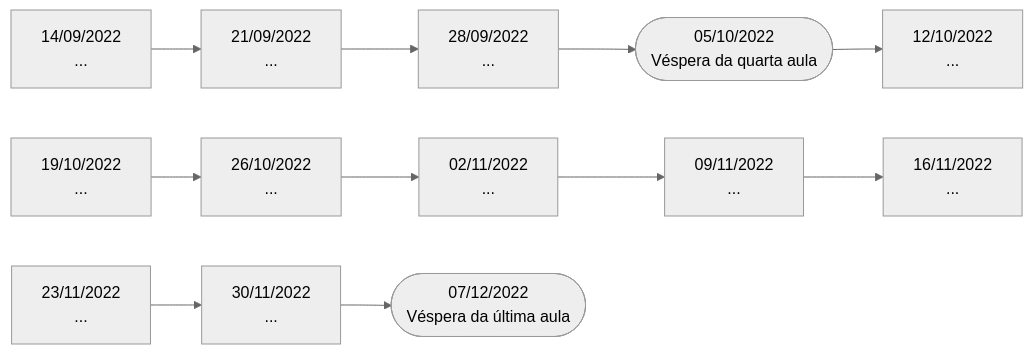
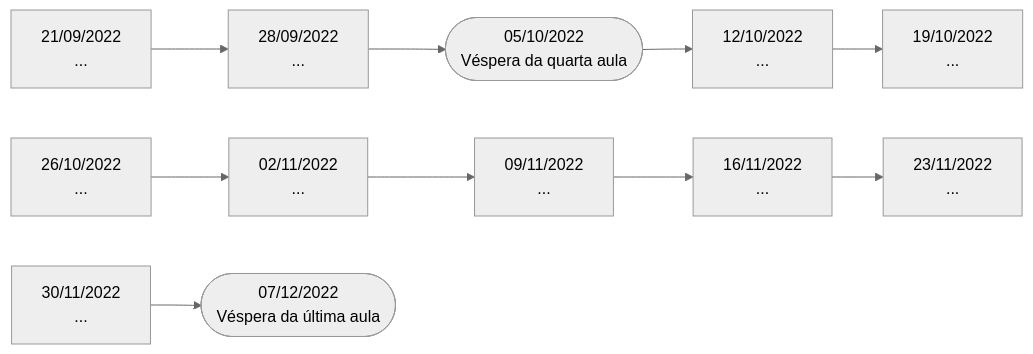
Before and after one commit to GusFiuza/MBA-FIAP: the diagram in StartupOne/timeline.md, drawn with Mermaid (neutral theme).

````diff
--- a/StartupOne/timeline.md
+++ b/StartupOne/timeline.md
@@ -3,16 +3,15 @@
 ```mermaid
 flowchart LR
-    M[14/09/2022\n...] -->
     L[21/09/2022\n...] -->
     K[28/09/2022\n...] -->
     J([05/10/2022\nVéspera da quarta aula]) -->
-    I[12/10/2022\n...]
-    H[19/10/2022\n...] -->
+    I[12/10/2022\n...] -->
+    H[19/10/2022\n...] 
     G[26/10/2022\n...] -->
     F[02/11/2022\n...] -->
     E[09/11/2022\n...] -->
-    D[16/11/2022\n...]
-    C[23/11/2022\n...] -->
+    D[16/11/2022\n...] -->
+    C[23/11/2022\n...] 
     B[30/11/2022\n...] -->
     A([07/12/2022\nVéspera da última aula])
 ```
````
